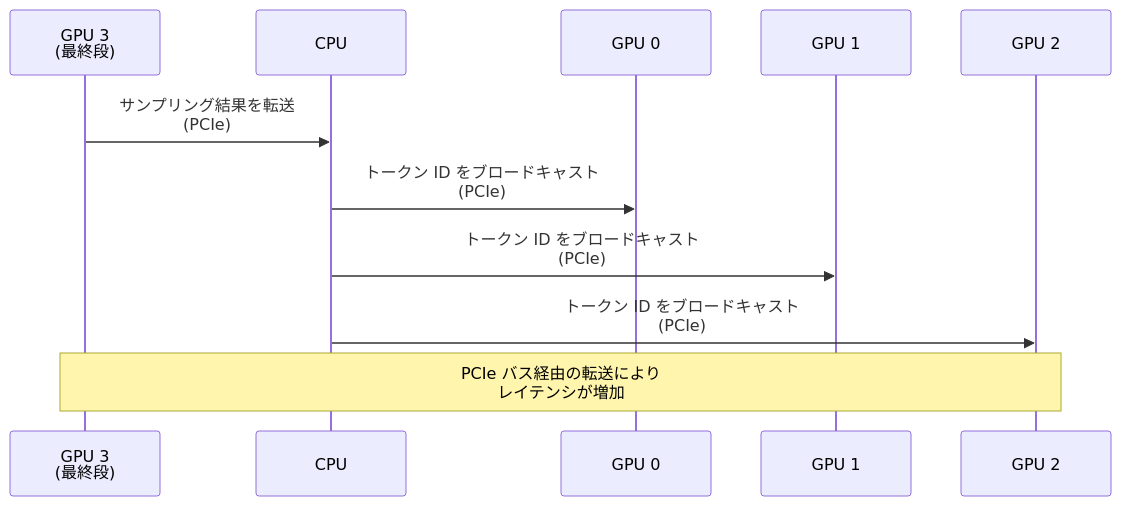
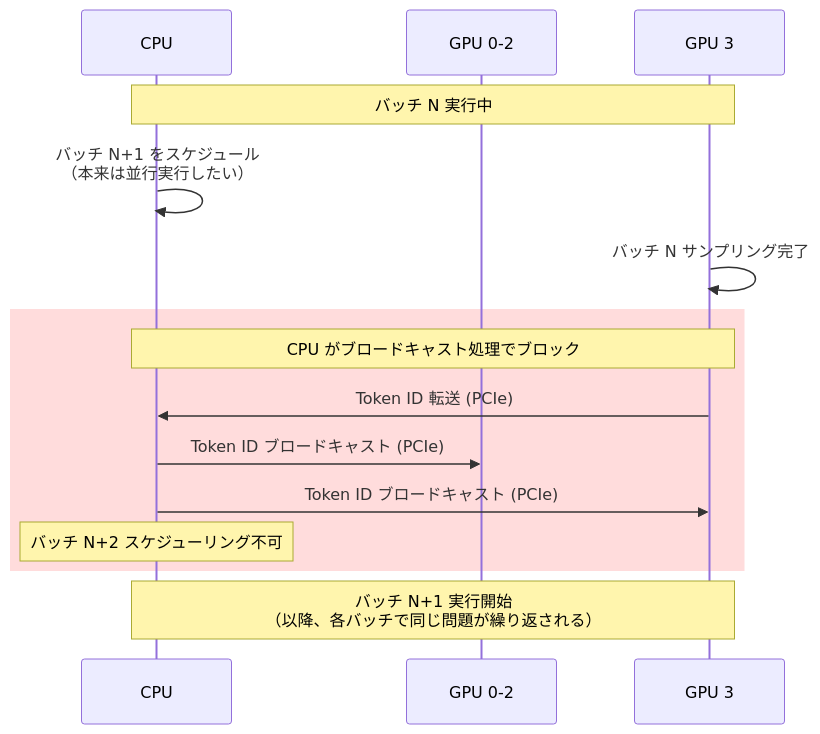
The fifth of 11 diagrams in articles/d2ed7115cf4578.md (littlemex/zenn), drawn with Mermaid before and after one commit. The commit also changed other lines of this file, not shown here.

````diff
--- a/articles/d2ed7115cf4578.md
+++ b/articles/d2ed7115cf4578.md
@@ -389,15 +269,20 @@
 ```mermaid
 sequenceDiagram
-    participant GPU3 as GPU 3<br/>(最終段)
     participant CPU
-    participant GPU0 as GPU 0
-    participant GPU1 as GPU 1
-    participant GPU2 as GPU 2
+    participant GPU0 as GPU 0-2
+    participant GPU3 as GPU 3
 
-    GPU3->>CPU: サンプリング結果を転送<br/>(PCIe)
-    CPU->>GPU0: トークン ID をブロードキャスト<br/>(PCIe)
-    CPU->>GPU1: トークン ID をブロードキャスト<br/>(PCIe)
-    CPU->>GPU2: トークン ID をブロードキャスト<br/>(PCIe)
+    Note over CPU,GPU3: バッチ N 実行中
+    CPU->>CPU: バッチ N+1 をスケジュール<br/>（本来は並行実行したい）
+    GPU3->>GPU3: バッチ N サンプリング完了
 
-    Note over GPU3,GPU2: PCIe バス経由の転送により<br/>レイテンシが増加
+    rect rgb(255, 220, 220)
+        Note over CPU,GPU3: CPU がブロードキャスト処理でブロック
+        GPU3->>CPU: Token ID 転送 (PCIe)
+        CPU->>GPU0: Token ID ブロードキャスト (PCIe)
+        CPU->>GPU3: Token ID ブロードキャスト (PCIe)
+        Note over CPU: バッチ N+2 スケジューリング不可
+    end
+
+    Note over CPU,GPU3: バッチ N+1 実行開始<br/>（以降、各バッチで同じ問題が繰り返される）
 ```
````
